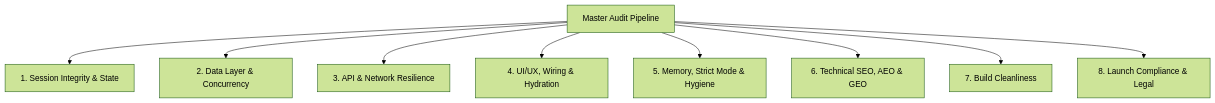
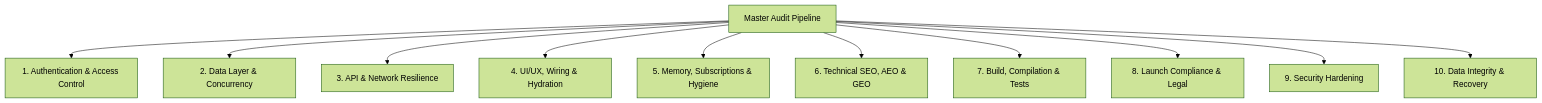
One commit to Kryptopacy/pacy-codebase-auditor changed the diagram in README.md. Above: the diagram before and after it, drawn with Mermaid (forest theme). The commit also changed other lines of this file and 9 other files, not shown here.

First line of the commit message:
feat: graduate Security Hardening (P9) and Data Integrity & Recovery (P10)

````diff
--- a/README.md
+++ b/README.md
@@ -147,11 +147,13 @@
 ```mermaid
 graph TD
-    A[Master Audit Pipeline] --> B[1. Session Integrity & State]
+    A[Master Audit Pipeline] --> B[1. Authentication & Access Control]
     A --> C[2. Data Layer & Concurrency]
     A --> D[3. API & Network Resilience]
     A --> E[4. UI/UX, Wiring & Hydration]
-    A --> F[5. Memory, Strict Mode & Hygiene]
+    A --> F[5. Memory, Subscriptions & Hygiene]
     A --> G[6. Technical SEO, AEO & GEO]
-    A --> H[7. Build Cleanliness]
+    A --> H[7. Build, Compilation & Tests]
     A --> I[8. Launch Compliance & Legal]
+    A --> J[9. Security Hardening]
+    A --> K[10. Data Integrity & Recovery]
 ```
````
